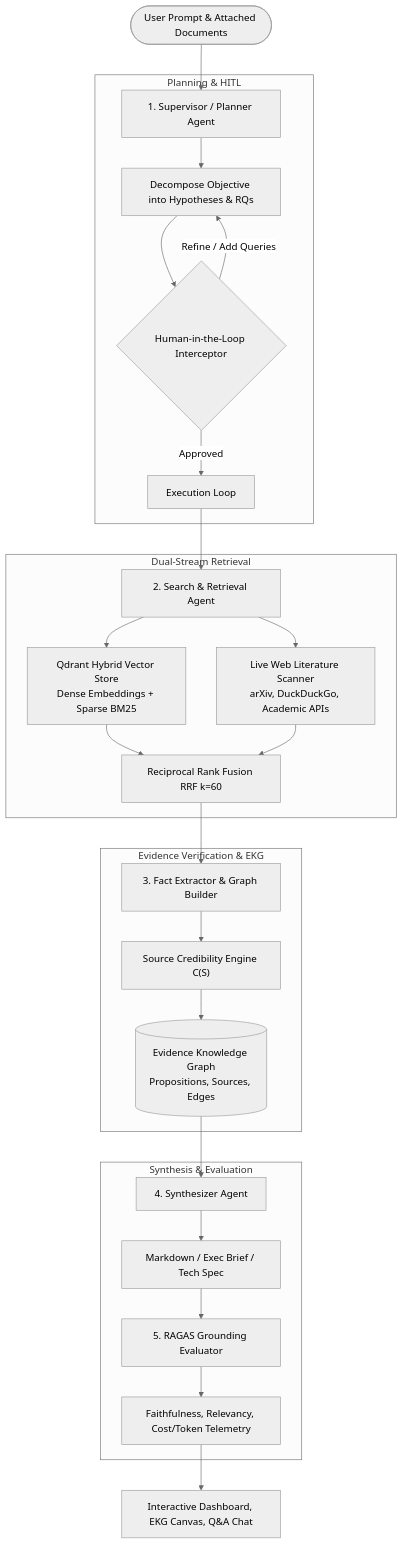
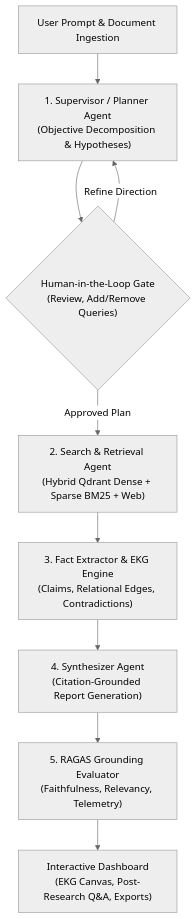
The diagram in README.md (Aniketkoppaka/DeepResearch-Multi-Agent-Research-System), drawn with Mermaid (neutral theme) before and after one commit. The commit also changed 3 other files, not shown here.

Commit message:
fix(types): update exportUrl format union, remove invalid title on lucide icon, and clean mermaid layout

````diff
--- a/README.md
+++ b/README.md
@@ -16,33 +16,19 @@
 ```mermaid
 flowchart TD
-    User(["User Prompt & Attached Documents"]) --> Supervisor["1. Supervisor / Planner Agent"]
+    User["User Prompt &amp; Document Ingestion"]
     
-    subgraph Planning & HITL
-        Supervisor --> PlanDecomp["Decompose Objective into Hypotheses & RQs"]
-        PlanDecomp --> HITL{"Human-in-the-Loop Interceptor"}
-        HITL -->|Refine / Add Queries| PlanDecomp
-        HITL -->|Approved| ExecLoop["Execution Loop"]
-    end
-
-    subgraph Dual-Stream Retrieval
-        ExecLoop --> SearchAgent["2. Search & Retrieval Agent"]
-        SearchAgent --> Qdrant["Qdrant Hybrid Vector Store<br/>Dense Embeddings + Sparse BM25"]
-        SearchAgent --> WebEngine["Live Web Literature Scanner<br/>arXiv, DuckDuckGo, Academic APIs"]
-        Qdrant & WebEngine --> RRF["Reciprocal Rank Fusion RRF k=60"]
-    end
-
-    subgraph Evidence Verification & EKG
-        RRF --> FactExtractor["3. Fact Extractor & Graph Builder"]
-        FactExtractor --> CredibilityScorer["Source Credibility Engine C(S)"]
-        CredibilityScorer --> EKG[("Evidence Knowledge Graph<br/>Propositions, Sources, Edges")]
-    end
-
-    subgraph Synthesis & Evaluation
-        EKG --> Synthesizer["4. Synthesizer Agent"]
-        Synthesizer --> ReportDraft["Markdown / Exec Brief / Tech Spec"]
-        ReportDraft --> RagasEval["5. RAGAS Grounding Evaluator"]
-        RagasEval --> QualityMetrics["Faithfulness, Relevancy, Cost/Token Telemetry"]
-    end
-
-    QualityMetrics --> UI["Interactive Dashboard, EKG Canvas, Q&A Chat"]
+    User --> Supervisor["1. Supervisor / Planner Agent<br/>(Objective Decomposition &amp; Hypotheses)"]
+    
+    Supervisor --> HITL{"Human-in-the-Loop Gate<br/>(Review, Add/Remove Queries)"}
+    
+    HITL -->|Approved Plan| SearchAgent["2. Search &amp; Retrieval Agent<br/>(Hybrid Qdrant Dense + Sparse BM25 + Web)"]
+    HITL -->|Refine Direction| Supervisor
+    
+    SearchAgent --> FactExtractor["3. Fact Extractor &amp; EKG Engine<br/>(Claims, Relational Edges, Contradictions)"]
+    
+    FactExtractor --> Synthesizer["4. Synthesizer Agent<br/>(Citation-Grounded Report Generation)"]
+    
+    Synthesizer --> RagasEval["5. RAGAS Grounding Evaluator<br/>(Faithfulness, Relevancy, Telemetry)"]
+    
+    RagasEval --> UI["Interactive Dashboard<br/>(EKG Canvas, Post-Research Q&amp;A, Exports)"]
 ```
````
